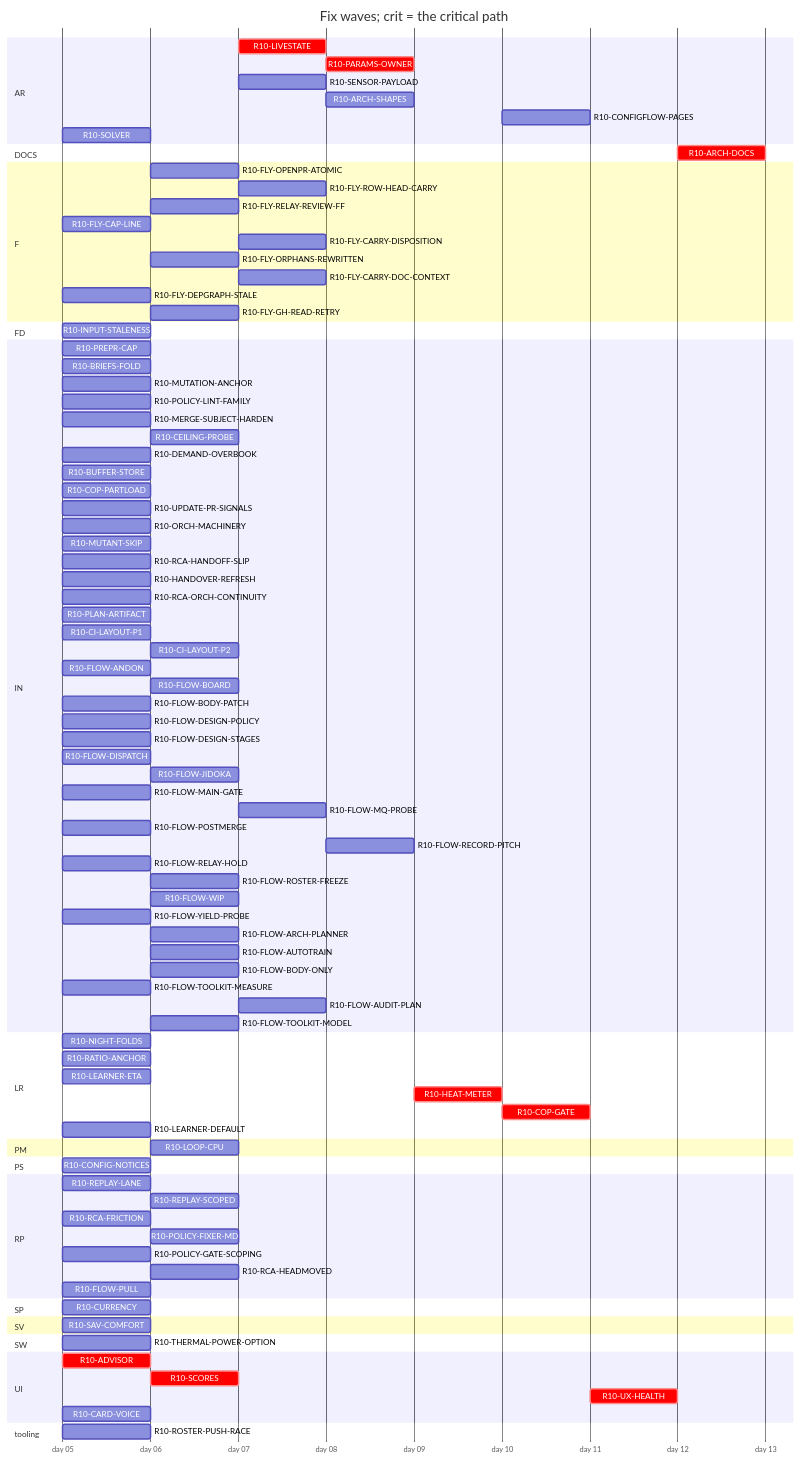
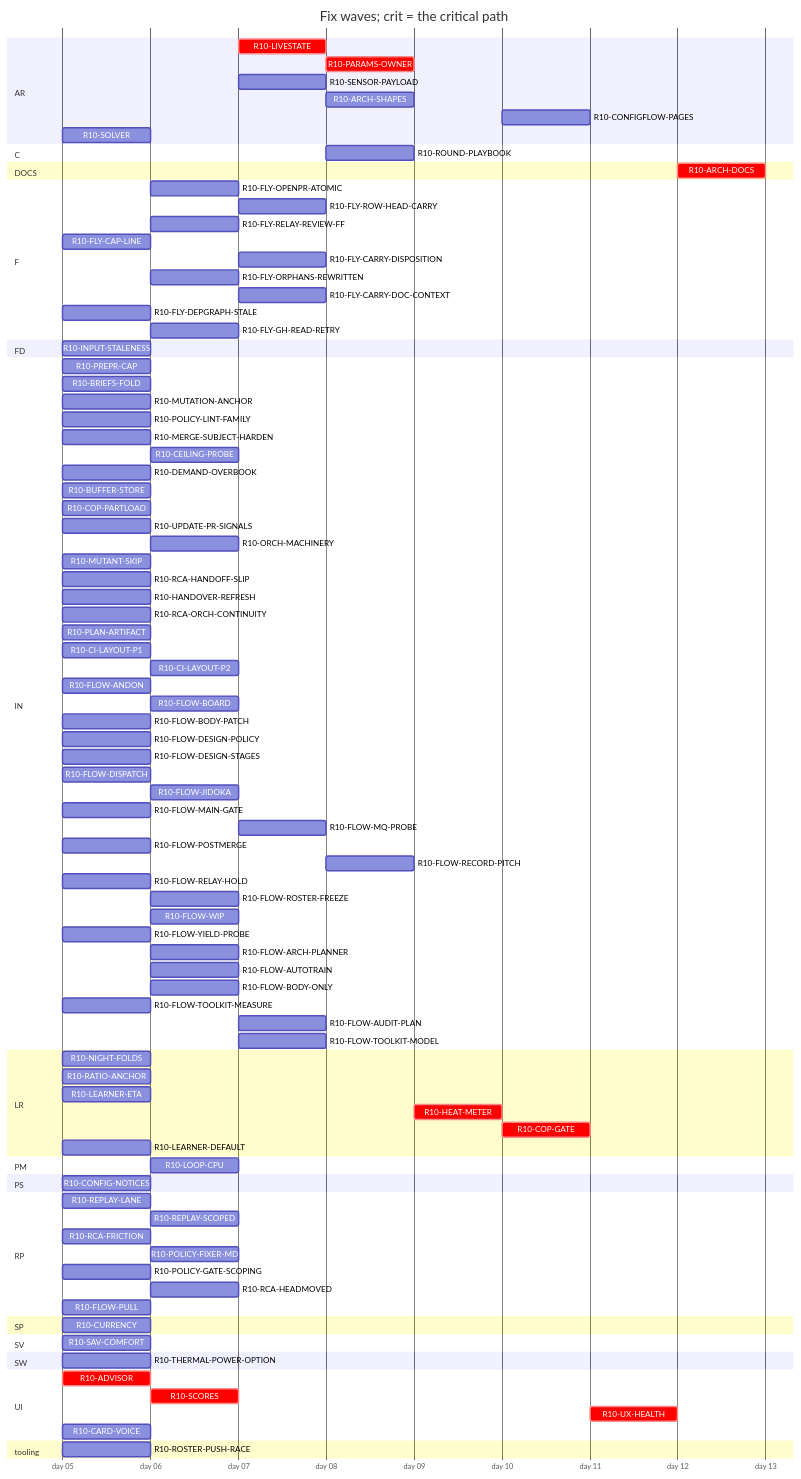
The diagram in handoff/round10/state/PLAN-TABLE.md (tvofi/heatpump_optimizer), drawn with Mermaid before and after one commit. The commit also changed other lines of this file and 2 other files, not shown here.

```diff
--- a/handoff/round10/state/PLAN-TABLE.md
+++ b/handoff/round10/state/PLAN-TABLE.md
@@ -36,6 +37,8 @@
     R10-ARCH-SHAPES :r10ARCHSHAPES, after r10SENSORPAYLOAD r10LIVESTATE r10INPUTSTALENESS, 1d
     R10-CONFIGFLOW-PAGES :r10CONFIGFLOWPAGES, after r10HEATMETER, 1d
     R10-SOLVER :r10SOLVER, 2026-01-05, 1d
+  section C
+    R10-ROUND-PLAYBOOK :r10ROUNDPLAYBOOK, after r10FLOWARCHPLANNER r10FLOWAUDITPLAN r10ORCHMACHINERY r10HANDOVERREFRESH r10FLOWAUTOTRAIN r10FLOWMAINGATE r10FLOWDISPATCH r10CILAYOUTP2, 1d
   section DOCS
     R10-ARCH-DOCS :crit, r10ARCHDOCS, after r10NIGHTFOLDS r10RATIOANCHOR r10INPUTSTALENESS r10CURRENCY r10LOOPCPU r10ADVISOR r10SCORES r10LIVESTATE r10CONFIGNOTICES r10PARAMSOWNER r10SENSORPAYLOAD r10ARCHSHAPES r10LEARNERETA r10HEATMETER r10COPGATE r10UXHEALTH r10CONFIGFLOWPAGES r10SOLVER r10BRIEFSFOLD r10REPLAYLANE r10REPLAYSCOPED, 1d
   section F
@@ -61,7 +64,7 @@
     R10-BUFFER-STORE :r10BUFFERSTORE, 2026-01-05, 1d
     R10-COP-PARTLOAD :r10COPPARTLOAD, 2026-01-05, 1d
     R10-UPDATE-PR-SIGNALS :r10UPDATEPRSIGNALS, 2026-01-05, 1d
-    R10-ORCH-MACHINERY :r10ORCHMACHINERY, 2026-01-05, 1d
+    R10-ORCH-MACHINERY :r10ORCHMACHINERY, after r10FLOWMAINGATE r10CILAYOUTP1, 1d
     R10-MUTANT-SKIP :r10MUTANTSKIP, 2026-01-05, 1d
     R10-RCA-HANDOFF-SLIP :r10RCAHANDOFFSLIP, 2026-01-05, 1d
     R10-HANDOVER-REFRESH :r10HANDOVERREFRESH, 2026-01-05, 1d
```
